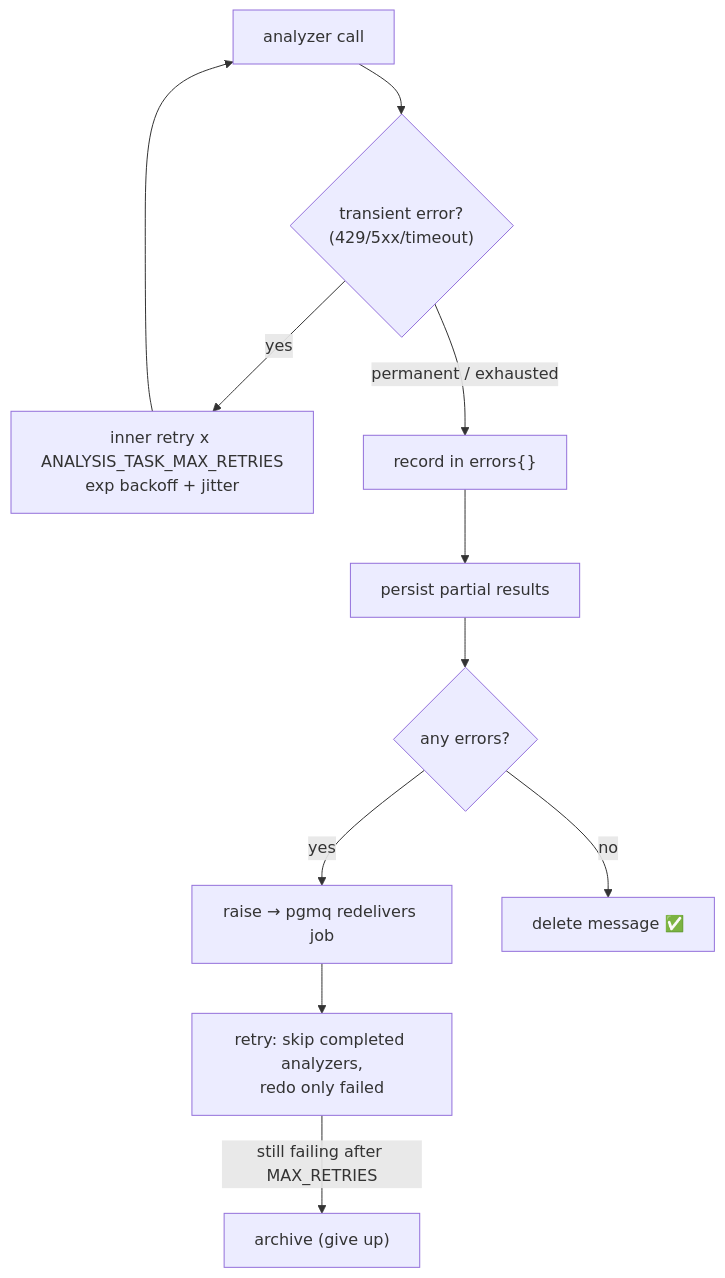
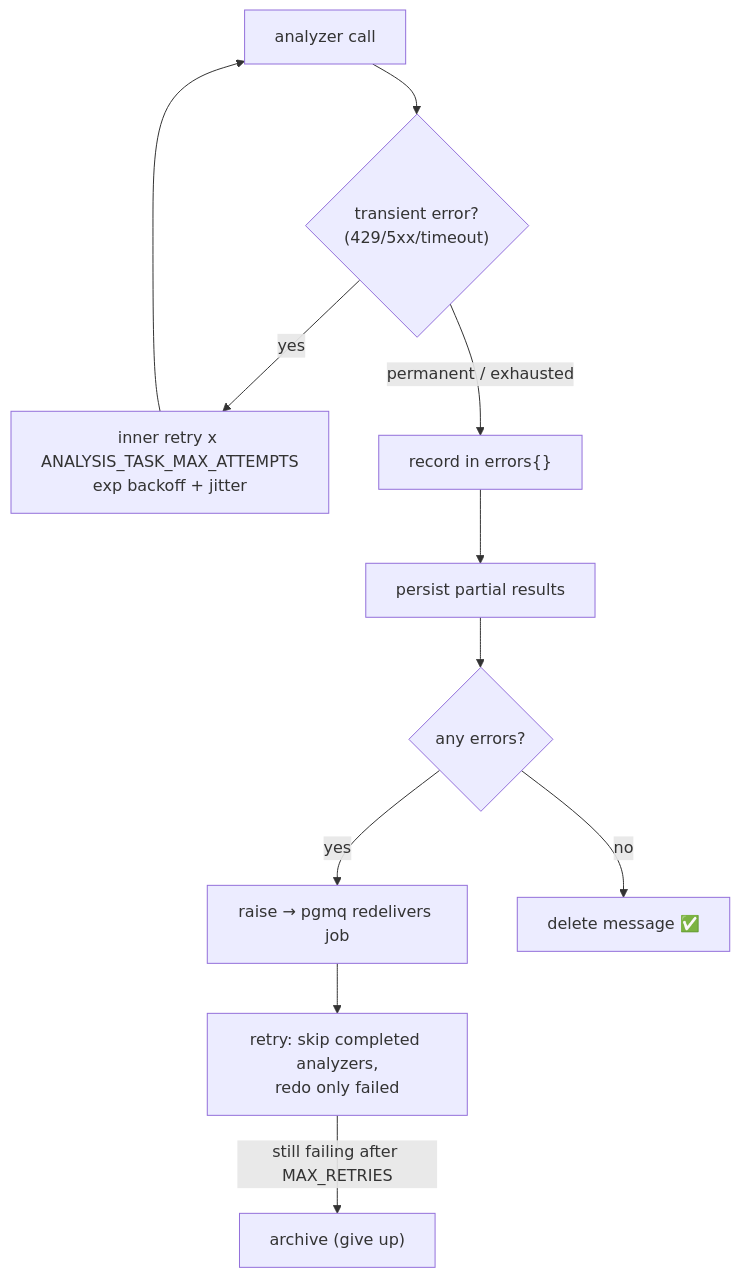
Before and after one commit to AdReadyAI/adready-ai: the sixth of 6 diagrams in worker/docs/ARCHITECTURE.md, drawn with Mermaid. The commit also changed other lines of this file and 7 other files, not shown here.

Commit message:
fix(architecture): updated the with retry logic

````diff
--- a/worker/docs/ARCHITECTURE.md
+++ b/worker/docs/ARCHITECTURE.md
@@ -186,13 +190,13 @@
 ```mermaid
 flowchart TD
     A["analyzer call"] --> R1{"transient error?<br/>(429/5xx/timeout)"}
-    R1 -->|yes| RT["inner retry x ANALYSIS_TASK_MAX_RETRIES<br/>exp backoff + jitter"]
+    R1 -->|yes| RT["inner retry x ANALYSIS_TASK_MAX_ATTEMPTS<br/>exp backoff + jitter"]
     RT --> A
     R1 -->|permanent / exhausted| ERR["record in errors{}"]
     ERR --> PP["persist partial results"]
     PP --> J{"any errors?"}
     J -->|yes| RD["raise → pgmq redelivers job"]
     J -->|no| DEL["delete message ✅"]
     RD --> SK["retry: skip completed analyzers,<br/>redo only failed"]
     SK -->|still failing after MAX_RETRIES| AR["archive (give up)"]
 ```
````
